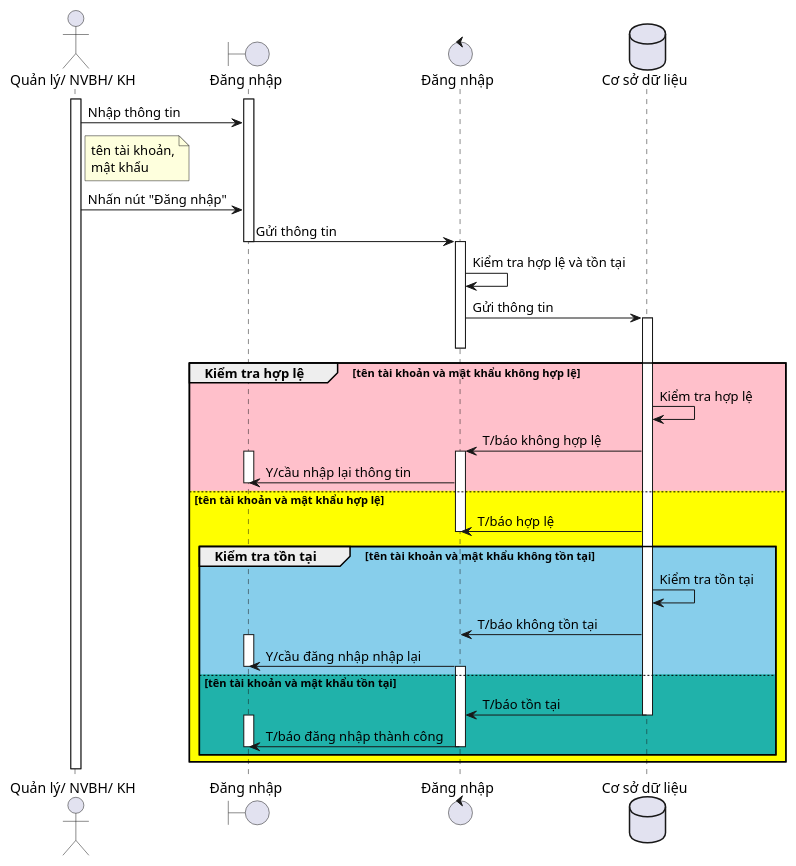
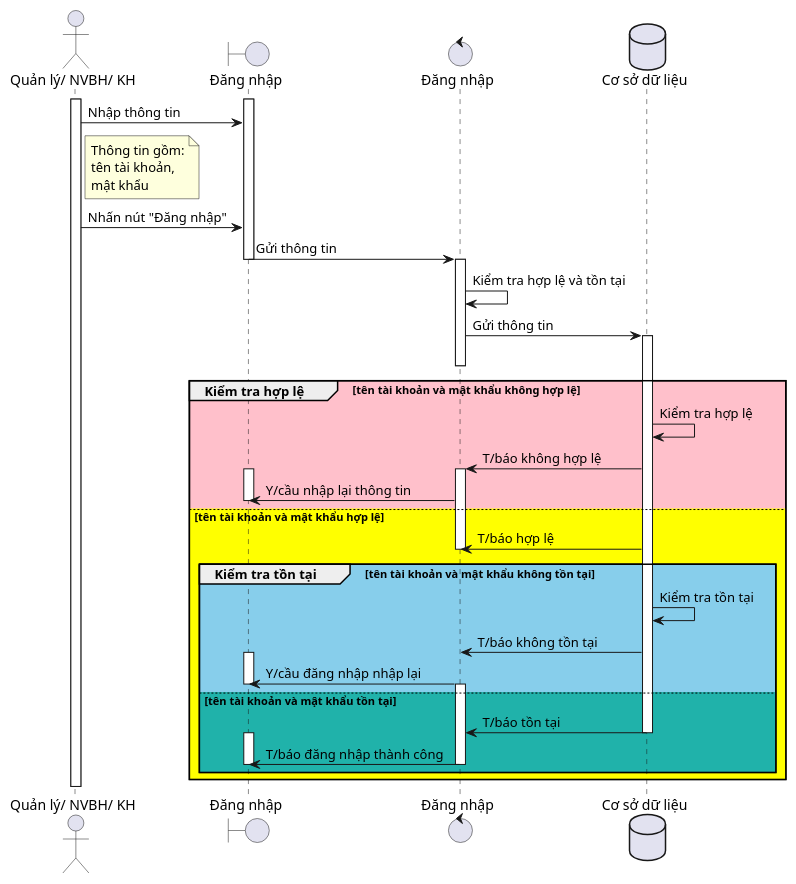
The diagram in assets/plantuml/Ariety/ArietySequence/ArietySequenceLogin.puml (ThanhdatOris/LAB2211), drawn with PlantUML before and after one commit. The commit also changed 1 other file, not shown here.

```diff
--- a/assets/plantuml/Ariety/ArietySequence/ArietySequenceLogin.puml
+++ b/assets/plantuml/Ariety/ArietySequence/ArietySequenceLogin.puml
@@ -1,54 +1,55 @@
 @startuml SequenceLogin
 actor "Quản lý/ NVBH/ KH" as actors
 boundary "Đăng nhập" as ui_login
 control "Đăng nhập" as ctrl_login
 database "Cơ sở dữ liệu" as db_login
 
 activate actors
 activate ui_login
     actors -> ui_login: Nhập thông tin
 note right of actors
+Thông tin gồm:
 tên tài khoản,
 mật khẩu
 end note
     actors -> ui_login: Nhấn nút "Đăng nhập"
     ui_login -> ctrl_login: Gửi thông tin
 deactivate ui_login
 
 activate ctrl_login
     ctrl_login -> ctrl_login: Kiểm tra hợp lệ và tồn tại
     ctrl_login -> db_login: Gửi thông tin
 activate db_login
 deactivate ctrl_login
 
 group #Pink Kiểm tra hợp lệ [tên tài khoản và mật khẩu không hợp lệ]
     db_login -> db_login: Kiểm tra hợp lệ
     db_login -> ctrl_login: T/báo không hợp lệ
 activate ctrl_login
 activate ui_login
     ctrl_login -> ui_login: Y/cầu nhập lại thông tin
 deactivate ui_login
 else #Yellow tên tài khoản và mật khẩu hợp lệ
     db_login -> ctrl_login: T/báo hợp lệ
 deactivate ctrl_login
 
 
 group #SkyBlue Kiểm tra tồn tại [tên tài khoản và mật khẩu không tồn tại]
     db_login -> db_login: Kiểm tra tồn tại
     db_login -> ctrl_login: T/báo không tồn tại
 activate ui_login
     ctrl_login -> ui_login: Y/cầu đăng nhập nhập lại
 deactivate ui_login
 else #LightSeaGreen tên tài khoản và mật khẩu tồn tại
 activate ctrl_login
     db_login -> ctrl_login: T/báo tồn tại
 deactivate db_login
 activate ui_login
     ctrl_login -> ui_login: T/báo đăng nhập thành công
 deactivate ui_login
 deactivate ctrl_login
 end
 end
 deactivate actors
 
 @enduml
```
